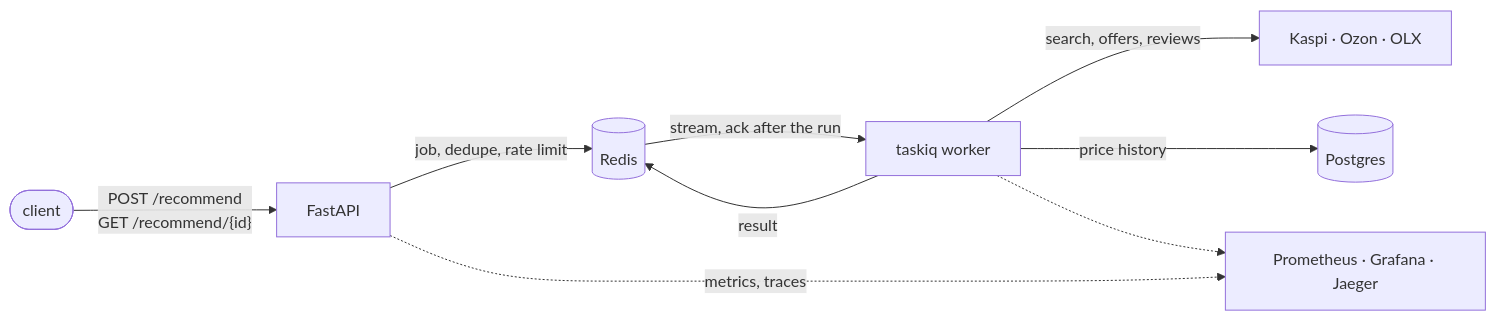
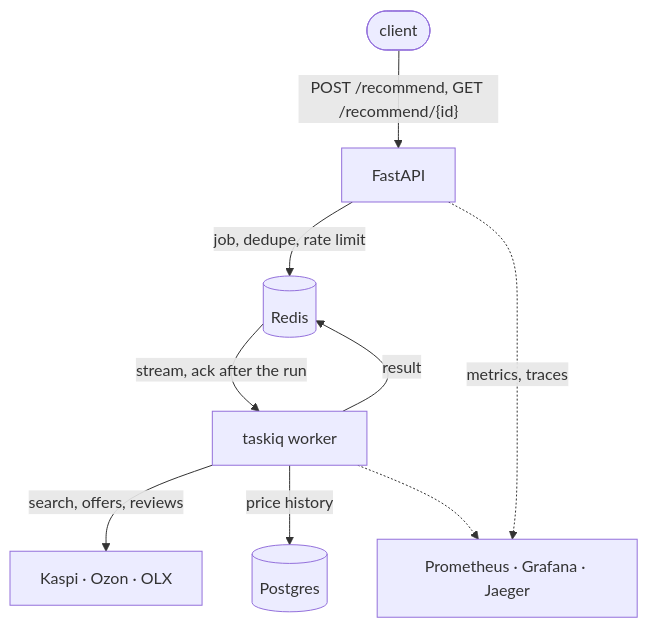
One commit to octrow/buy-smarter changed the diagram in README.md. Above: the diagram before and after it, drawn with Mermaid. The commit also changed other lines of this file and 2 other files, not shown here.

Commit message:
docs: vertical architecture diagram, full-width screenshots

````diff
--- a/README.md
+++ b/README.md
@@ -70,11 +70,11 @@
 ```mermaid
-flowchart LR
-    client([client]) -->|"POST /recommend<br/>GET /recommend/{id}"| api[FastAPI]
+flowchart TD
+    client([client]) -->|"POST /recommend, GET /recommend/{id}"| api[FastAPI]
     api -->|"job, dedupe, rate limit"| redis[(Redis)]
     redis -->|"stream, ack after the run"| worker[taskiq worker]
+    worker -->|result| redis
     worker -->|"search, offers, reviews"| markets[Kaspi · Ozon · OLX]
-    worker -->|"price history"| pg[(Postgres)]
-    worker -->|"result"| redis
-    api -.->|"metrics, traces"| obs[Prometheus · Grafana · Jaeger]
+    worker -->|price history| pg[(Postgres)]
+    api -.->|metrics, traces| obs[Prometheus · Grafana · Jaeger]
     worker -.-> obs
 ```
````
